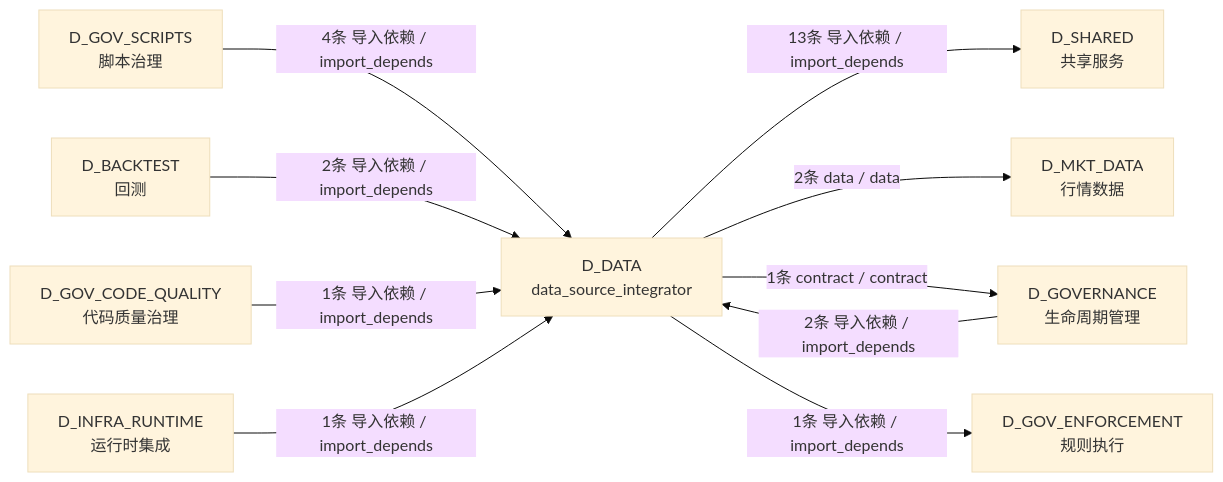
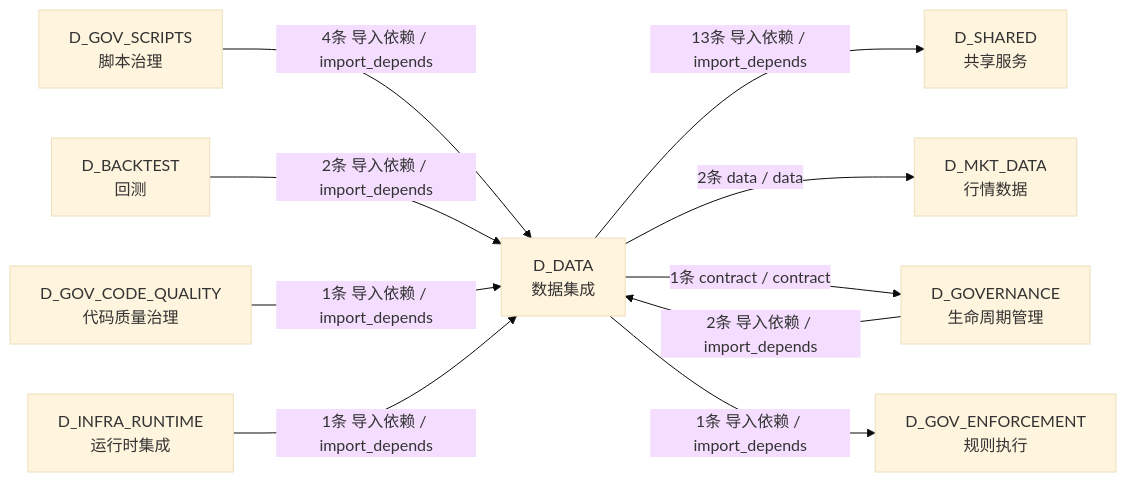
Before and after one commit to xuanFelixVan/ZephyrAlpha: the fifth of 5 diagrams in docs/02_enterprise_architecture/02_domain_architecture_docs/61_d_data.md, drawn with Mermaid (base theme). The commit also changed other lines of this file and 112 other files, not shown here.

````diff
--- a/docs/02_enterprise_architecture/02_domain_architecture_docs/61_d_data.md
+++ b/docs/02_enterprise_architecture/02_domain_architecture_docs/61_d_data.md
@@ -492,21 +494,21 @@
 ```mermaid
 graph LR
-    D_DATA["D_DATA<br/>data_source_integrator"]
+    D_DATA["D_DATA<br/>数据集成"]
     D_SHARED["D_SHARED<br/>共享服务"]
     D_MKT_DATA["D_MKT_DATA<br/>行情数据"]
     D_GOVERNANCE["D_GOVERNANCE<br/>生命周期管理"]
     D_GOV_ENFORCEMENT["D_GOV_ENFORCEMENT<br/>规则执行"]
     D_GOV_SCRIPTS["D_GOV_SCRIPTS<br/>脚本治理"]
     D_BACKTEST["D_BACKTEST<br/>回测"]
     D_GOV_CODE_QUALITY["D_GOV_CODE_QUALITY<br/>代码质量治理"]
     D_INFRA_RUNTIME["D_INFRA_RUNTIME<br/>运行时集成"]
     D_DATA -->|13条 导入依赖 / import_depends| D_SHARED
     D_DATA -->|2条 data / data| D_MKT_DATA
     D_DATA -->|1条 contract / contract| D_GOVERNANCE
     D_DATA -->|1条 导入依赖 / import_depends| D_GOV_ENFORCEMENT
     D_GOV_SCRIPTS -->|4条 导入依赖 / import_depends| D_DATA
     D_BACKTEST -->|2条 导入依赖 / import_depends| D_DATA
     D_GOVERNANCE -->|2条 导入依赖 / import_depends| D_DATA
     D_GOV_CODE_QUALITY -->|1条 导入依赖 / import_depends| D_DATA
     D_INFRA_RUNTIME -->|1条 导入依赖 / import_depends| D_DATA
 ```
````
